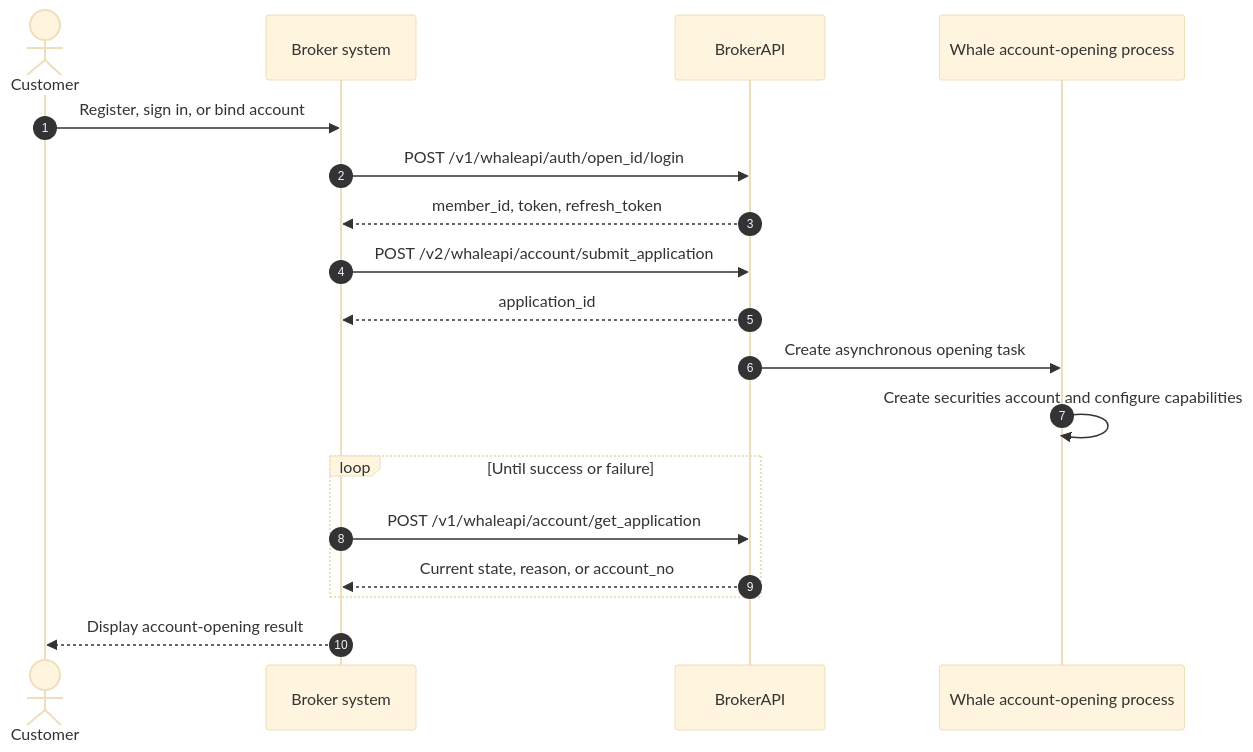
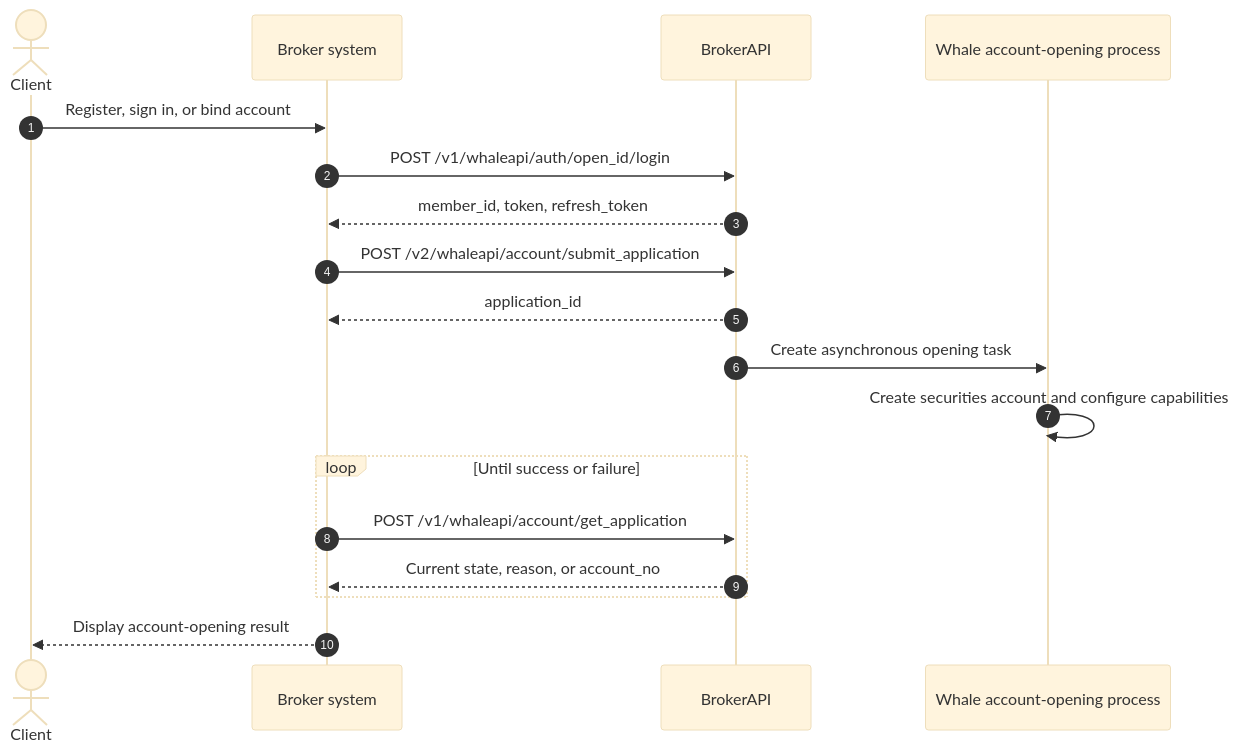
One commit to longbridge/whale-docs changed the first of 2 diagrams in docs/en/docs/account-opening.mdx. Above: the diagram before and after it, drawn with Mermaid (base theme). The commit also changed other lines of this file and 72 other files, not shown here.

First line of the commit message:
docs: rename Customer to Client and scope heading anchors to docs/

````diff
--- a/docs/en/docs/account-opening.mdx
+++ b/docs/en/docs/account-opening.mdx
@@ -62,20 +62,20 @@
 ```mermaid
 sequenceDiagram
     autonumber
-    actor Customer as Customer
+    actor Client as Client
     participant Broker as Broker system
     participant API as BrokerAPI
     participant Ops as Whale account-opening process
-    Customer->>Broker: Register, sign in, or bind account
+    Client->>Broker: Register, sign in, or bind account
     Broker->>API: POST /v1/whaleapi/auth/open_id/login
     API-->>Broker: member_id, token, refresh_token
     Broker->>API: POST /v2/whaleapi/account/submit_application
     API-->>Broker: application_id
     API->>Ops: Create asynchronous opening task
     Ops->>Ops: Create securities account and configure capabilities
     loop Until success or failure
         Broker->>API: POST /v1/whaleapi/account/get_application
         API-->>Broker: Current state, reason, or account_no
     end
-    Broker-->>Customer: Display account-opening result
+    Broker-->>Client: Display account-opening result
 ```
````
